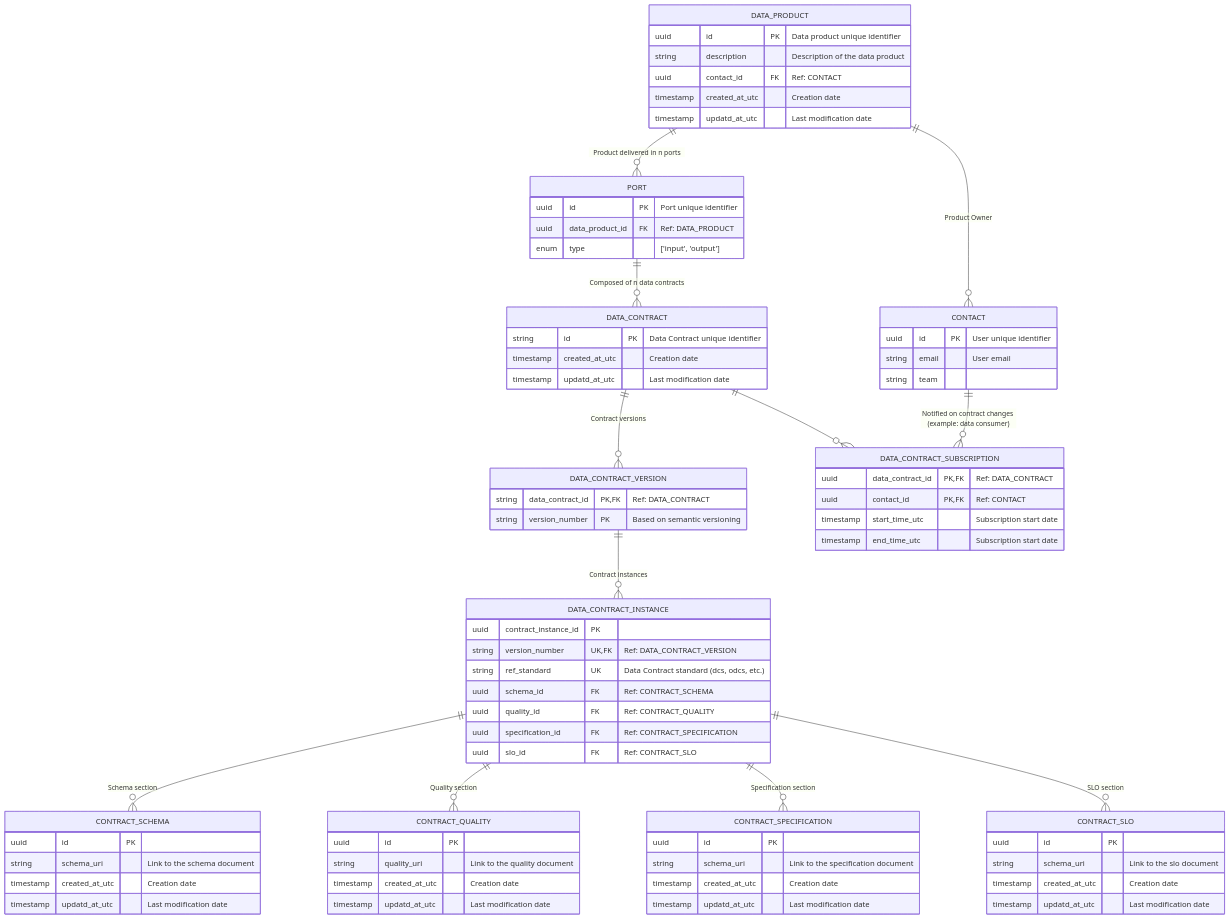
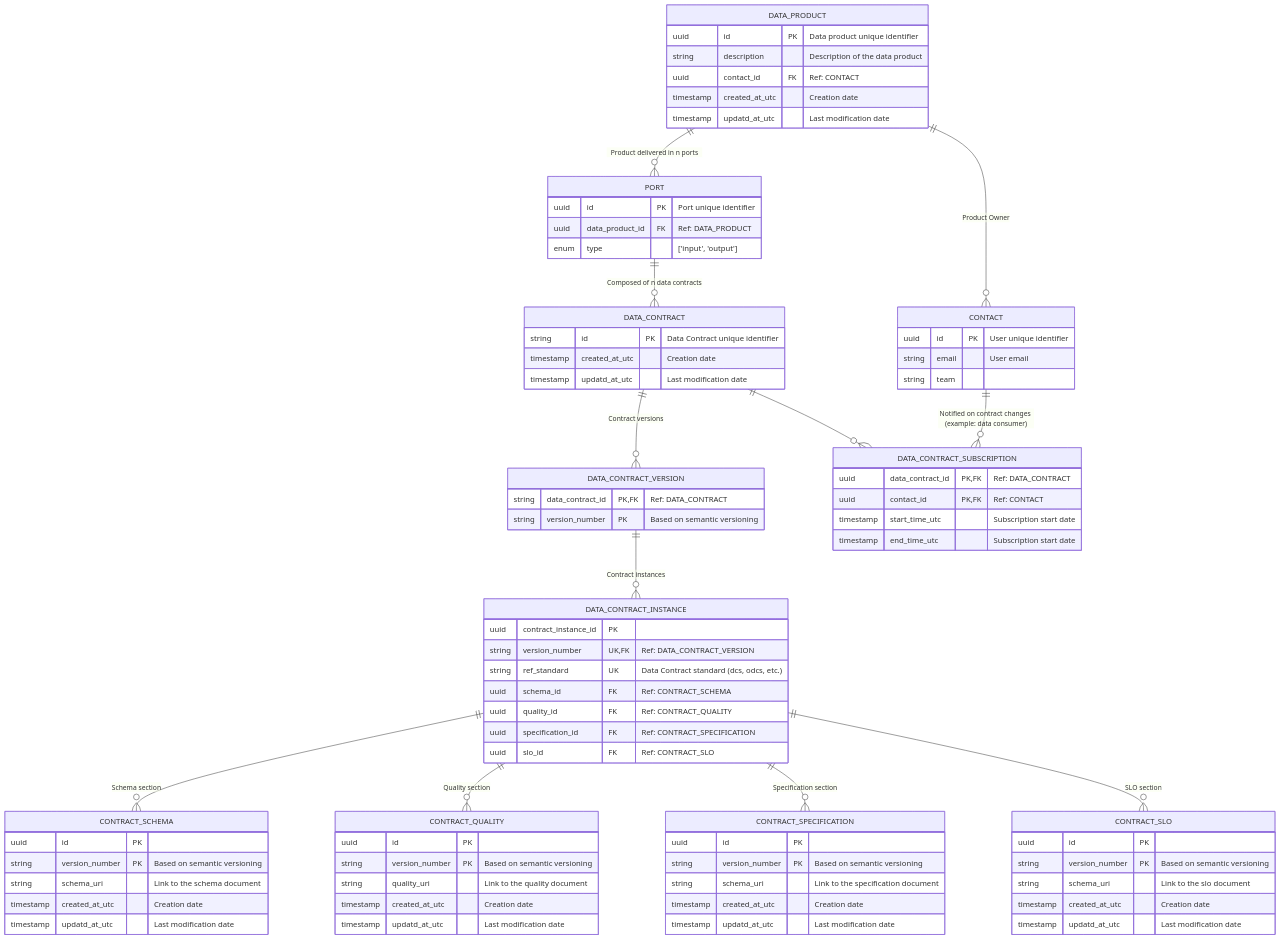
The diagram in docs/relational_model.md (monmaya/base-impl), drawn with Mermaid before and after one commit.

```diff
--- a/docs/relational_model.md
+++ b/docs/relational_model.md
@@ -57,24 +57,28 @@
 
     CONTRACT_SCHEMA {
         uuid id PK    
+        string version_number PK "Based on semantic versioning"
         string schema_uri "Link to the schema document"
         timestamp created_at_utc "Creation date"
         timestamp updatd_at_utc "Last modification date"
     }
     CONTRACT_QUALITY {
         uuid id PK    
+        string version_number PK "Based on semantic versioning"
         string quality_uri "Link to the quality document"
         timestamp created_at_utc "Creation date"
         timestamp updatd_at_utc "Last modification date"
     }
     CONTRACT_SPECIFICATION {
         uuid id PK    
+        string version_number PK "Based on semantic versioning"
         string schema_uri "Link to the specification document"
         timestamp created_at_utc "Creation date"
         timestamp updatd_at_utc "Last modification date"
     }
     CONTRACT_SLO {
         uuid id PK    
+        string version_number PK "Based on semantic versioning"
         string schema_uri "Link to the slo document"
         timestamp created_at_utc "Creation date"
         timestamp updatd_at_utc "Last modification date"
```
